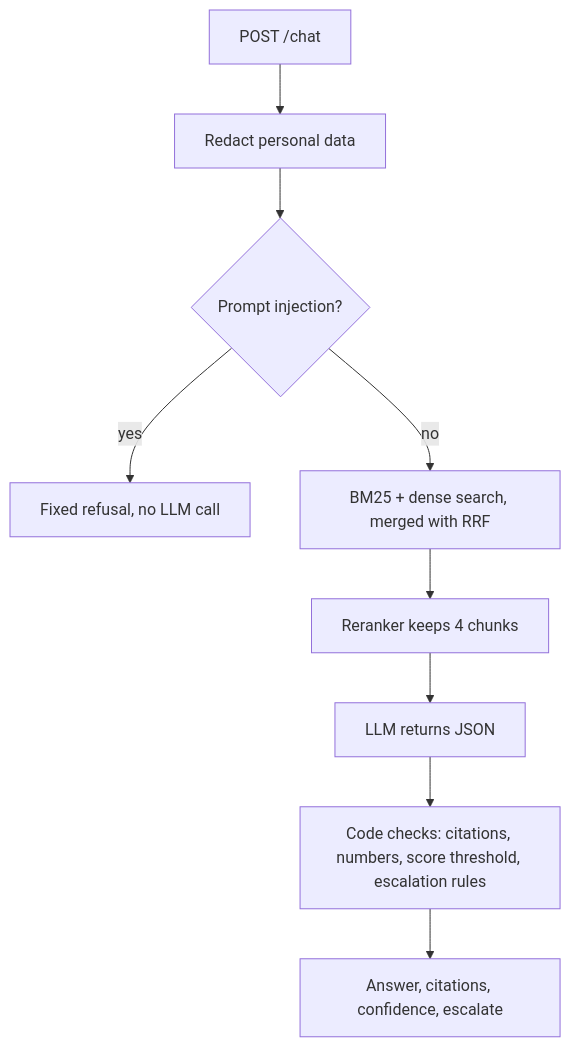
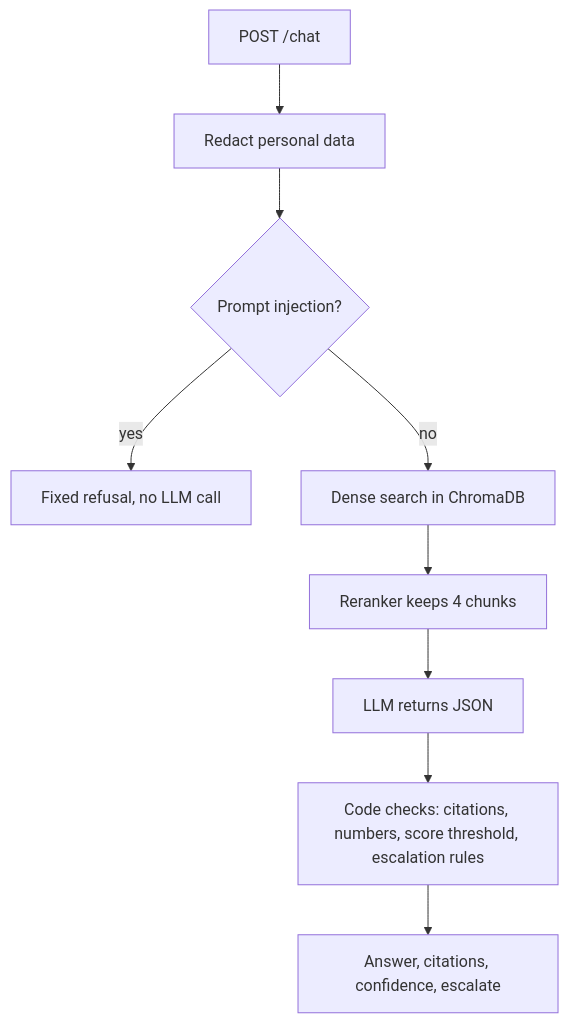
Before and after one commit to alphindas/supportloop: the diagram in README.md, drawn with Mermaid. The commit also changed other lines of this file and 2 other files, not shown here.

Commit message:
Document the switch to dense retrieval and update the Phase 1 notes

````diff
--- a/README.md
+++ b/README.md
@@ -9,11 +9,11 @@
 ```mermaid
 flowchart TD
     M[POST /chat] --> PII[Redact personal data]
     PII --> INJ{Prompt injection?}
     INJ -->|yes| REF[Fixed refusal, no LLM call]
-    INJ -->|no| S[BM25 + dense search, merged with RRF]
+    INJ -->|no| S[Dense search in ChromaDB]
     S --> RR[Reranker keeps 4 chunks]
     RR --> LLM[LLM returns JSON]
     LLM --> CHK[Code checks: citations, numbers, score threshold, escalation rules]
     CHK --> OUT[Answer, citations, confidence, escalate]
 ```
````
